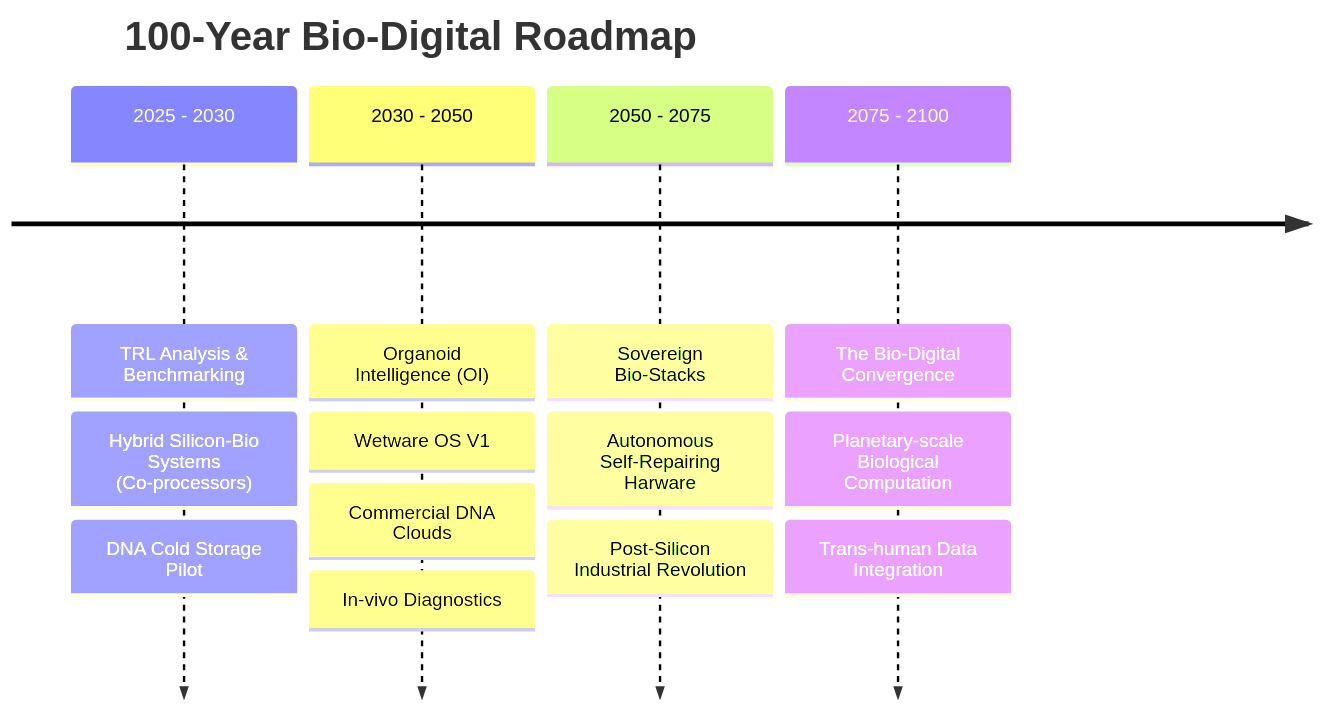
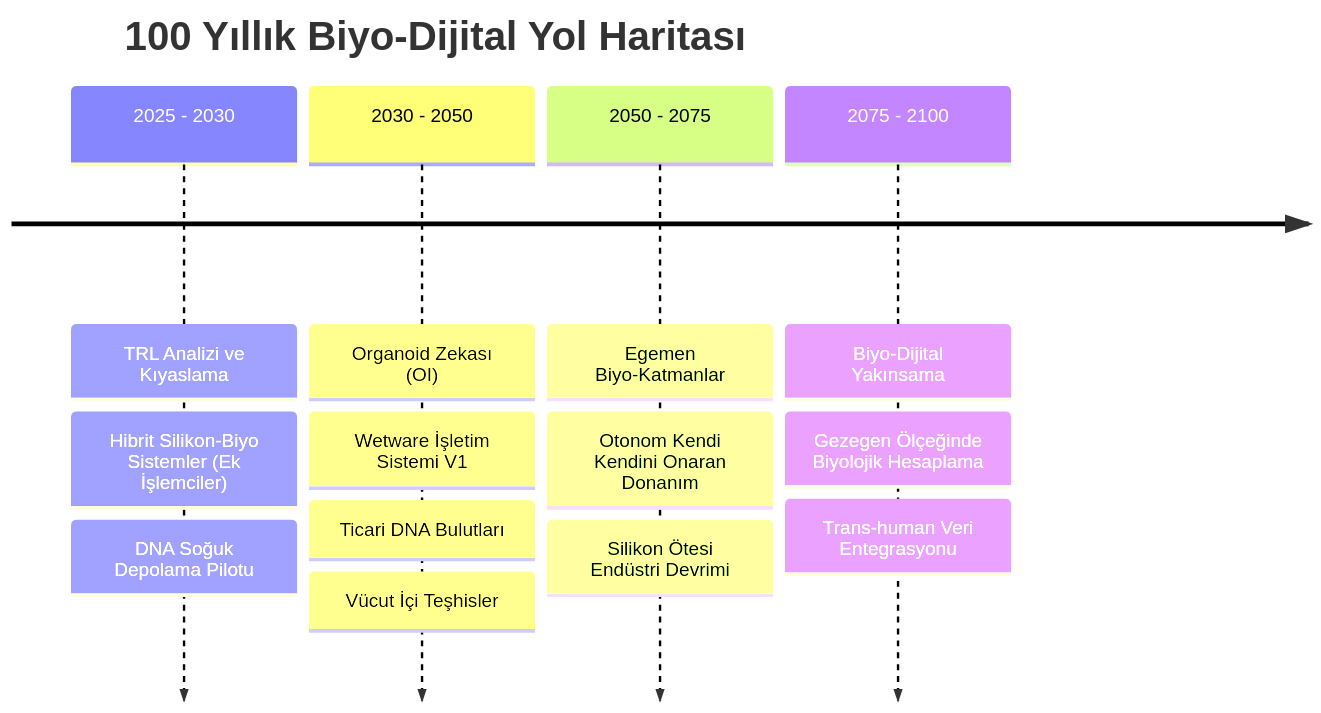
Before and after one commit to bahattinyunus/TRL-Bio-Compute: the diagram in VISION.md, drawn with Mermaid. The commit also changed other lines of this file and 3 other files, not shown here.

````diff
--- a/VISION.md
+++ b/VISION.md
@@ -15,8 +15,8 @@
 ```mermaid
 timeline
-    title 100-Year Bio-Digital Roadmap
-    2025 - 2030 : TRL Analysis & Benchmarking : Hybrid Silicon-Bio Systems (Co-processors) : DNA Cold Storage Pilot
-    2030 - 2050 : Organoid Intelligence (OI) : Wetware OS V1 : Commercial DNA Clouds : In-vivo Diagnostics
-    2050 - 2075 : Sovereign Bio-Stacks : Autonomous Self-Repairing Harware : Post-Silicon Industrial Revolution
-    2075 - 2100 : The Bio-Digital Convergence : Planetary-scale Biological Computation : Trans-human Data Integration
+    title 100 Yıllık Biyo-Dijital Yol Haritası
+    2025 - 2030 : TRL Analizi ve Kıyaslama : Hibrit Silikon-Biyo Sistemler (Ek İşlemciler) : DNA Soğuk Depolama Pilotu
+    2030 - 2050 : Organoid Zekası (OI) : Wetware İşletim Sistemi V1 : Ticari DNA Bulutları : Vücut İçi Teşhisler
+    2050 - 2075 : Egemen Biyo-Katmanlar : Otonom Kendi Kendini Onaran Donanım : Silikon Ötesi Endüstri Devrimi
+    2075 - 2100 : Biyo-Dijital Yakınsama : Gezegen Ölçeğinde Biyolojik Hesaplama : Trans-human Veri Entegrasyonu
 ```
````
